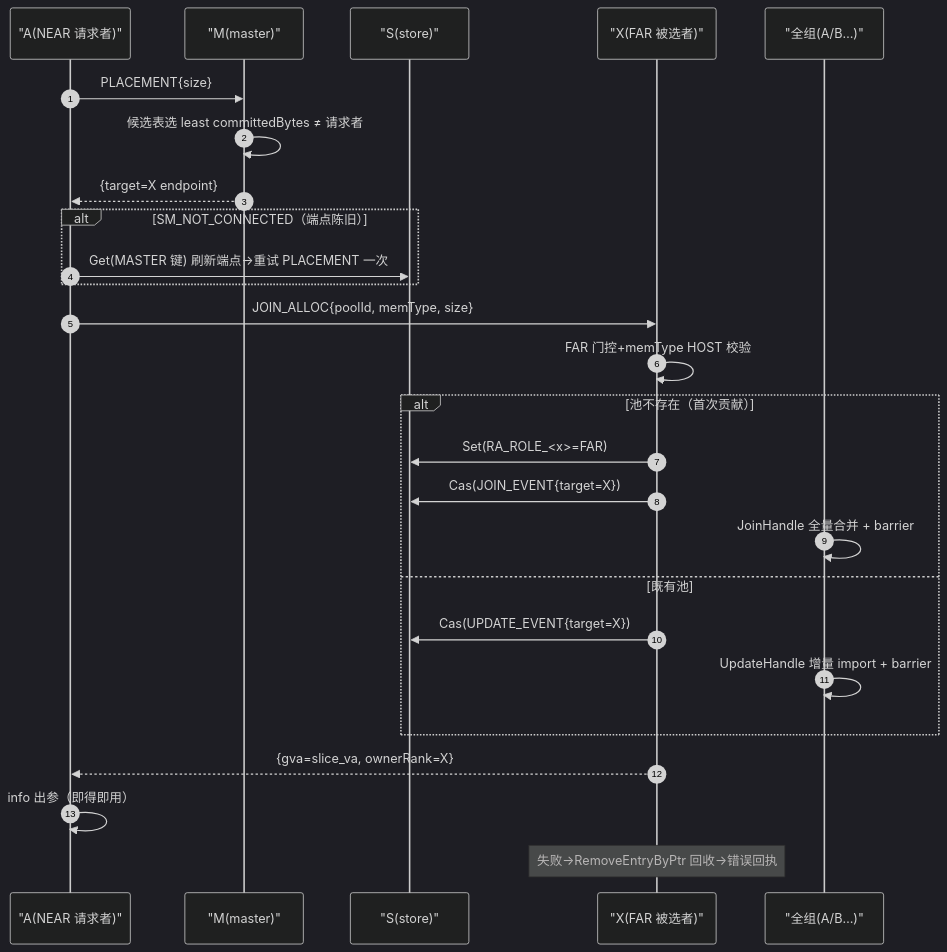
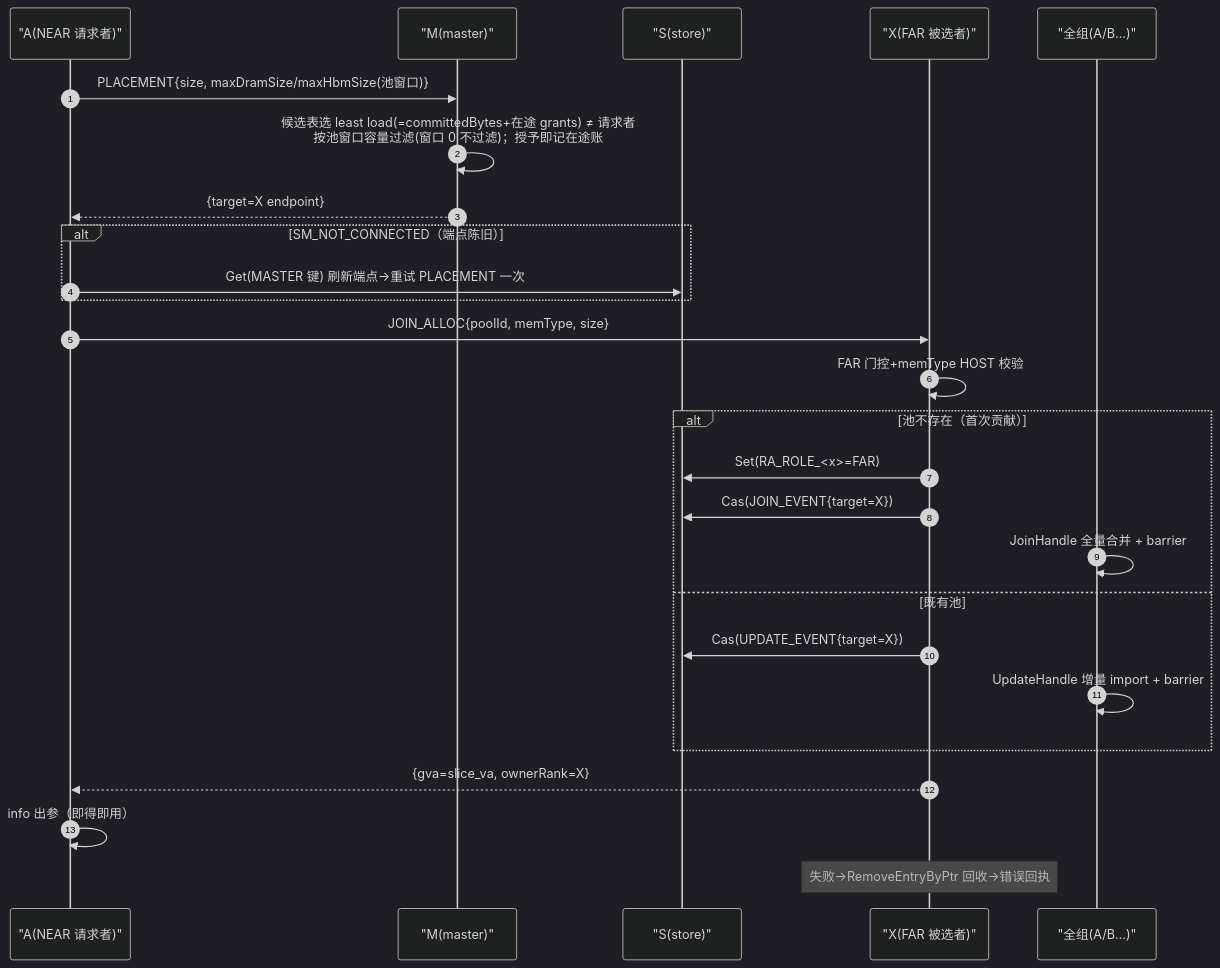
One commit to jsun8686/memfabric_hybrid changed the fifth of 10 diagrams in doc/design_ralloc.md. Above: the diagram before and after it, drawn with Mermaid (dark theme). The commit also changed other lines of this file and 5 other files, not shown here.

````diff
--- a/doc/design_ralloc.md
+++ b/doc/design_ralloc.md
@@ -186,28 +186,28 @@
 ```mermaid
 sequenceDiagram
     autonumber
     participant A as "A(NEAR 请求者)"
     participant M as "M(master)"
     participant S as "S(store)"
     participant X as "X(FAR 被选者)"
     participant Others as "全组(A/B…)"
-    A->>M: PLACEMENT{size}
-    M->>M: 候选表选 least committedBytes ≠ 请求者
+    A->>M: PLACEMENT{size, maxDramSize/maxHbmSize(池窗口)}
+    M->>M: 候选表选 least load(=committedBytes+在途 grants) ≠ 请求者<br/>按池窗口容量过滤(窗口 0 不过滤)；授予即记在途账
     M-->>A: {target=X endpoint}
     alt SM_NOT_CONNECTED（端点陈旧）
         A->>S: Get(MASTER 键) 刷新端点→重试 PLACEMENT 一次
     end
     A->>X: JOIN_ALLOC{poolId, memType, size}
     X->>X: FAR 门控+memType HOST 校验
     alt 池不存在（首次贡献）
         X->>S: Set(RA_ROLE_<x>=FAR)
         X->>S: Cas(JOIN_EVENT{target=X})
         Others->>Others: JoinHandle 全量合并 + barrier
     else 既有池
         X->>S: Cas(UPDATE_EVENT{target=X})
         Others->>Others: UpdateHandle 增量 import + barrier
     end
     X-->>A: {gva=slice_va, ownerRank=X}
     A->>A: info 出参（即得即用）
     Note over X: 失败→RemoveEntryByPtr 回收→错误回执
 ```
````
